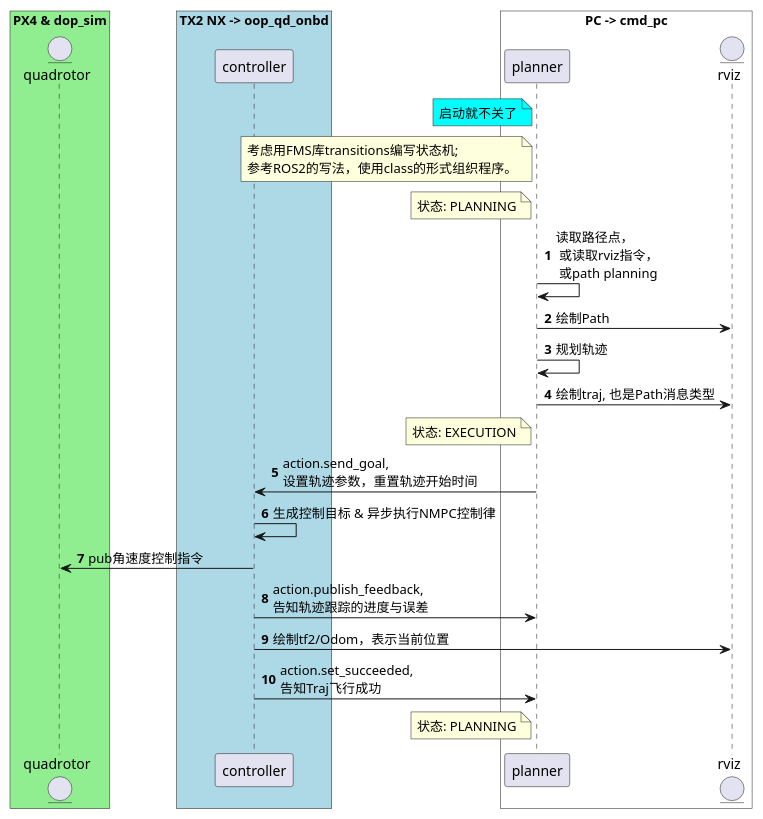
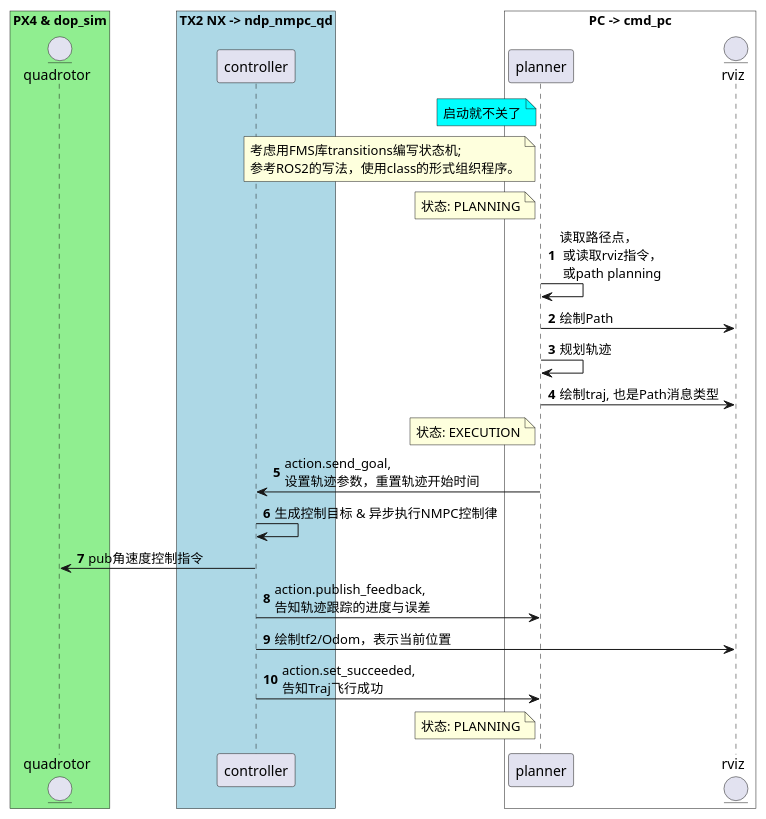
The diagram in UMLs/workflow_v2.puml (Li-Jinjie/cmd_pc), drawn with PlantUML before and after one commit. The commit also changed 4 other files, not shown here.

Commit message:
change the package name to be ndp_nmpc_qd

```diff
--- a/UMLs/workflow_v2.puml
+++ b/UMLs/workflow_v2.puml
@@ -1,65 +1,65 @@
 @startuml
 'https://plantuml.com/sequence-diagram
 
 autonumber
 
 box "PX4 & dop_sim" #LightGreen
 entity quadrotor
 end box
 
-box "TX2 NX -> oop_qd_onbd" #LightBLUE
+box "TX2 NX -> ndp_nmpc_qd" #LightBLUE
 participant controller
 end box
 'note right of pt_publisher #aqua
 '需要从ROS里拿一个parameter
 '确定是选SE3还是NMPC
 'end note
 
 box "PC -> cmd_pc" #White
 participant planner
 entity rviz
 end box
 
 note left of planner #aqua
 启动就不关了
 end note
 
 note left of planner
 考虑用FMS库transitions编写状态机;
 参考ROS2的写法，使用class的形式组织程序。
 end note
 
 note left planner
 状态: PLANNING
 end note
 planner -> planner: 读取路径点，\n 或读取rviz指令，\n 或path planning
 planner -> rviz: 绘制Path
 'path_planner -> traj_generator: self_defined.srv.FollowPath
 
 planner -> planner: 规划轨迹
 planner -> rviz: 绘制traj, 也是Path消息类型
 
 note left of planner
 状态: EXECUTION
 end note
 
 planner -> controller: action.send_goal, \n设置轨迹参数，重置轨迹开始时间
 
 
 controller -> controller: 生成控制目标 & 异步执行NMPC控制律
 controller -> quadrotor: pub角速度控制指令
 controller -> planner: action.publish_feedback, \n告知轨迹跟踪的进度与误差
 controller -> rviz: 绘制tf2/Odom，表示当前位置
 
 
 controller -> planner: action.set_succeeded, \n告知Traj飞行成功
 'planner -> planner: self_defined.srv.FollowPath, \n告知Path是否飞行成功
 
 note left of planner
 状态: PLANNING
 end note
 
 ' 状态： TAKEOFF, PLANNING, EXECUTION, LAND
 
 
 @enduml
```
